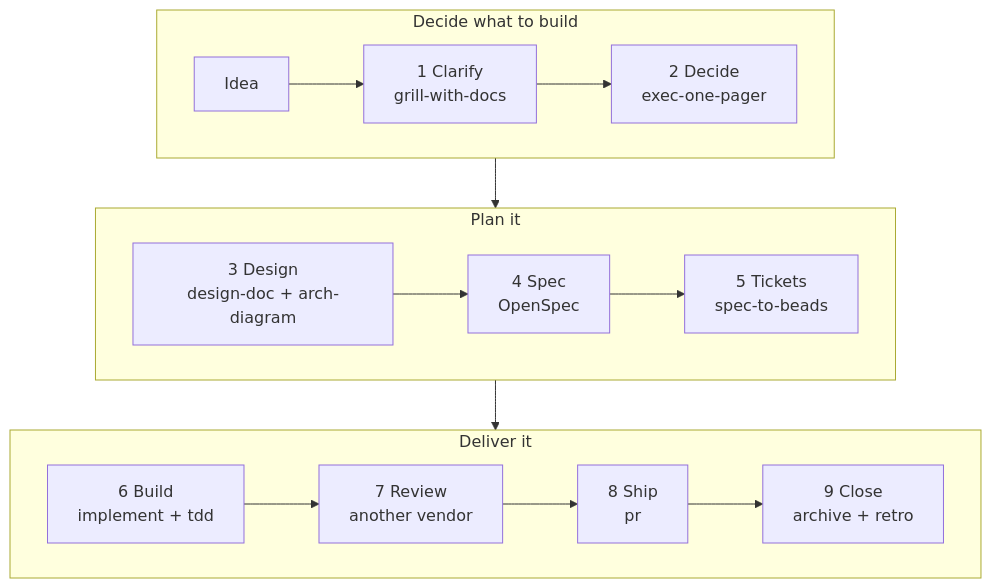
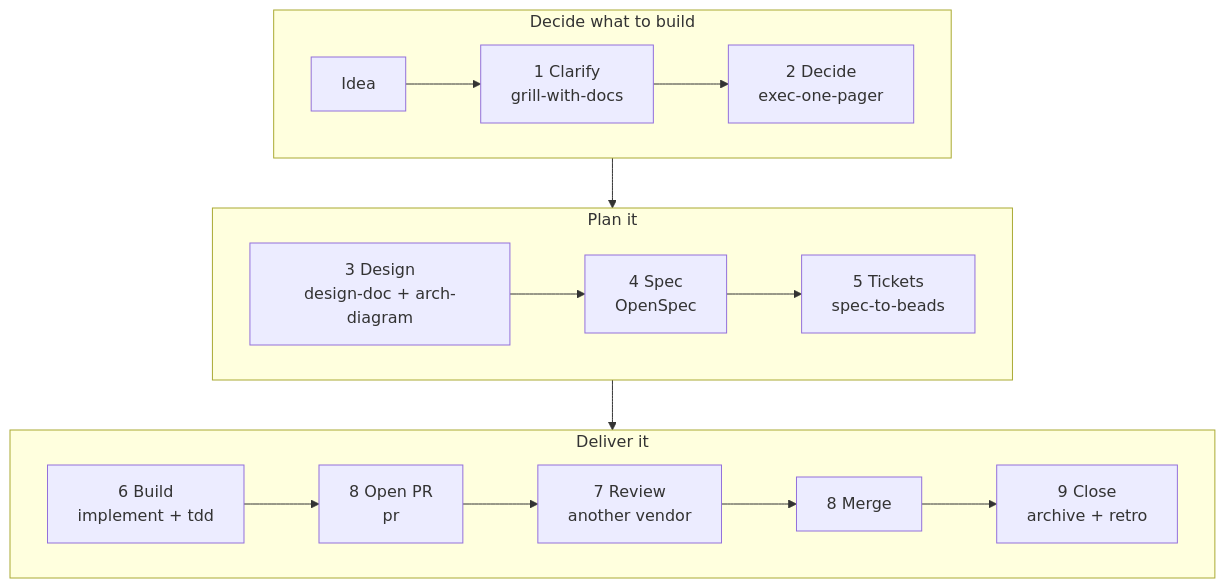
The diagram in docs/ship-flow.md (edwinjosechittilappilly/slipway), drawn with Mermaid before and after one commit. The commit also changed other lines of this file and 12 other files, not shown here.

````diff
--- a/docs/ship-flow.md
+++ b/docs/ship-flow.md
@@ -9,16 +9,16 @@
 ```mermaid
 flowchart TB
   subgraph decide [Decide what to build]
     direction LR
     I[Idea] --> G[1 Clarify<br/>grill-with-docs] --> E[2 Decide<br/>exec-one-pager]
   end
   subgraph plan [Plan it]
     direction LR
     D[3 Design<br/>design-doc + arch-diagram] --> S[4 Spec<br/>OpenSpec] --> B[5 Tickets<br/>spec-to-beads]
   end
   subgraph deliver [Deliver it]
     direction LR
-    X[6 Build<br/>implement + tdd] --> V[7 Review<br/>another vendor] --> P[8 Ship<br/>pr] --> C[9 Close<br/>archive + retro]
+    X[6 Build<br/>implement + tdd] --> P[8 Open PR<br/>pr] --> V[7 Review<br/>another vendor] --> M[8 Merge] --> C[9 Close<br/>archive + retro]
   end
   decide --> plan --> deliver
 ```
````
